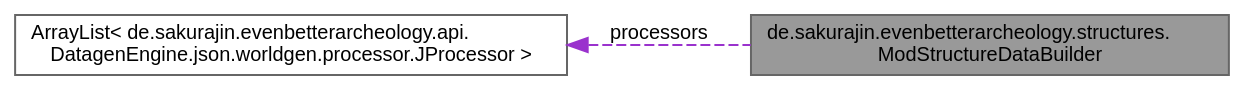
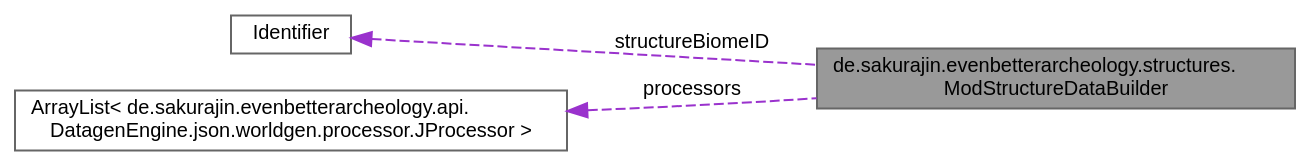
Before and after one commit to noah1510/EvenBetterArcheology: the diagram in classde_1_1sakurajin_1_1evenbetterarcheology_1_1structures_1_1ModStructureDataBuilder__coll__graph.dot, drawn with Graphviz. The commit also changed 335 other files, not shown here.

```diff
--- a/classde_1_1sakurajin_1_1evenbetterarcheology_1_1structures_1_1ModStructureDataBuilder__coll__graph.dot
+++ b/classde_1_1sakurajin_1_1evenbetterarcheology_1_1structures_1_1ModStructureDataBuilder__coll__graph.dot
@@ -1,11 +1,13 @@
 digraph "de.sakurajin.evenbetterarcheology.structures.ModStructureDataBuilder"
 {
  // LATEX_PDF_SIZE
   bgcolor="transparent";
   edge [fontname=Helvetica,fontsize=10,labelfontname=Helvetica,labelfontsize=10];
   node [fontname=Helvetica,fontsize=10,shape=box,height=0.2,width=0.4];
   rankdir="LR";
   Node1 [label="de.sakurajin.evenbetterarcheology.structures.\lModStructureDataBuilder",height=0.2,width=0.4,color="gray40", fillcolor="grey60", style="filled", fontcolor="black",tooltip=" "];
-  Node2 -> Node1 [dir="back",color="darkorchid3",style="dashed",label=" processors" ];
-  Node2 [label="ArrayList\< de.sakurajin.evenbetterarcheology.api.\lDatagenEngine.json.worldgen.processor.JProcessor \>",height=0.2,width=0.4,color="gray40", fillcolor="white", style="filled",tooltip=" "];
+  Node2 -> Node1 [dir="back",color="darkorchid3",style="dashed",label=" structureBiomeID" ];
+  Node2 [label="Identifier",height=0.2,width=0.4,color="gray40", fillcolor="white", style="filled",tooltip=" "];
+  Node3 -> Node1 [dir="back",color="darkorchid3",style="dashed",label=" processors" ];
+  Node3 [label="ArrayList\< de.sakurajin.evenbetterarcheology.api.\lDatagenEngine.json.worldgen.processor.JProcessor \>",height=0.2,width=0.4,color="gray40", fillcolor="white", style="filled",tooltip=" "];
 }
```
